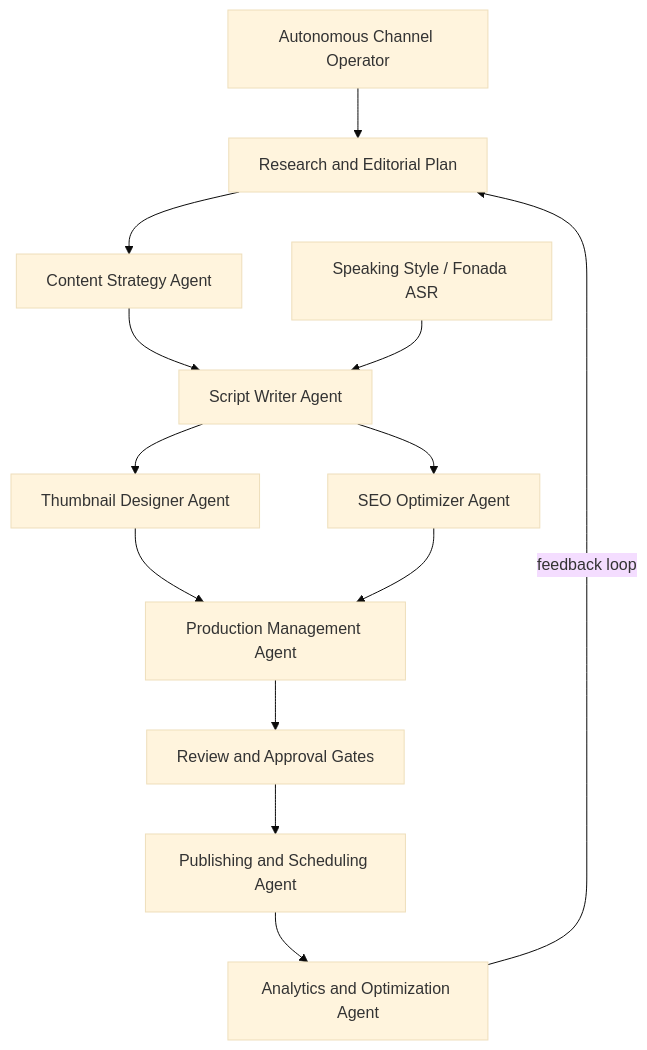
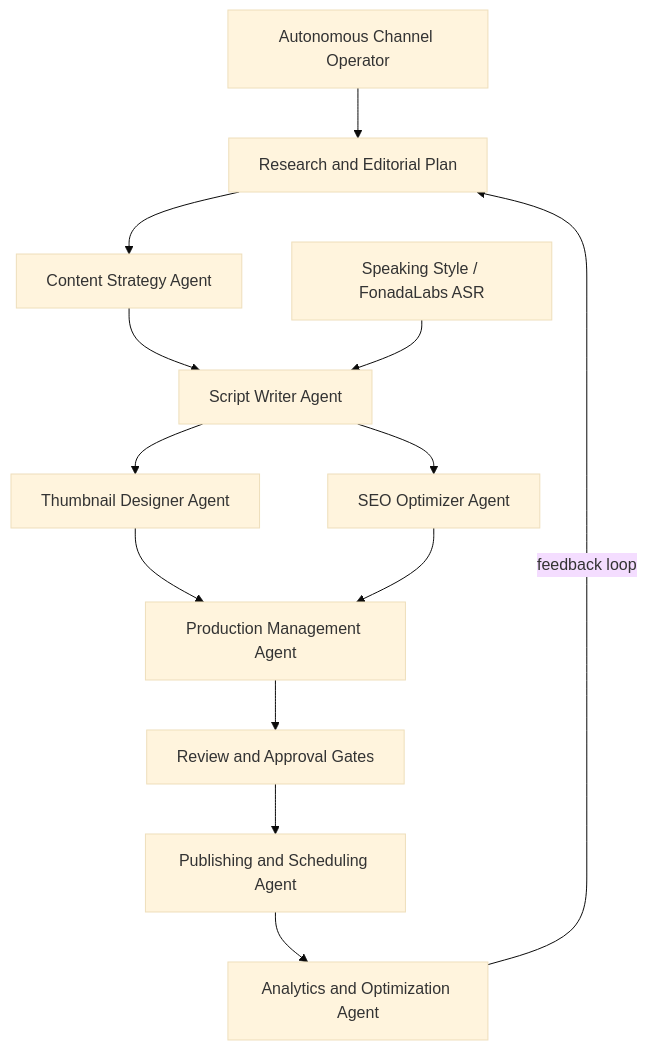
The first of 3 diagrams in README.md (hiyaa-atFonada/Youtube-automation-agent-Fonada-Version), drawn with Mermaid (base theme) before and after one commit. The commit also changed other lines of this file, not shown here.

````diff
--- a/README.md
+++ b/README.md
@@ -177,15 +177,15 @@
 ```mermaid
 graph TD
     O[Autonomous Channel Operator] --> A[Research and Editorial Plan]
     A --> B[Content Strategy Agent]
     B --> C[Script Writer Agent]
-    S[Speaking Style / Fonada ASR] --> C
+    S[Speaking Style / FonadaLabs ASR] --> C
     C --> D[Thumbnail Designer Agent]
     C --> E[SEO Optimizer Agent]
     D --> F[Production Management Agent]
     E --> F
     F --> G[Review and Approval Gates]
     G --> H[Publishing and Scheduling Agent]
     H --> I[Analytics and Optimization Agent]
     I -->|feedback loop| A
 ```
````
